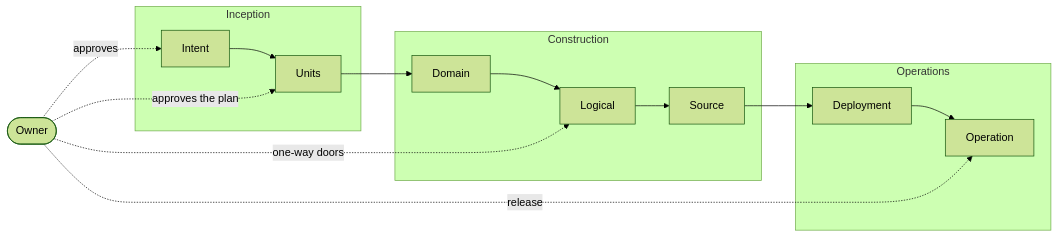
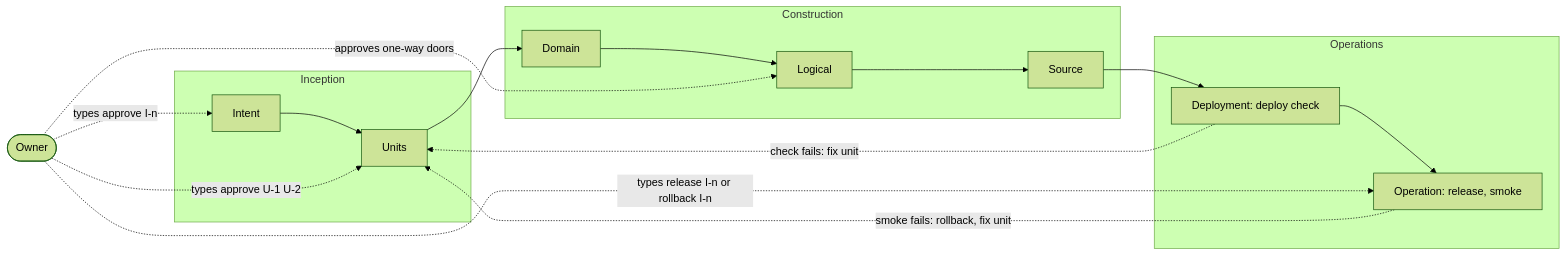
Before and after one commit to Scrollout/aidlc-team-plugin: the diagram in docs/design/grid.md, drawn with Mermaid (forest theme). The commit also changed other lines of this file and 9 other files, not shown here.

````diff
--- a/docs/design/grid.md
+++ b/docs/design/grid.md
@@ -10,19 +10,21 @@
 ```mermaid
 flowchart LR
   owner([Owner])
   subgraph Inception
     I[Intent] --> U[Units]
   end
   subgraph Construction
     D[Domain] --> L[Logical] --> S[Source]
   end
   subgraph Operations
-    P[Deployment] --> O[Operation]
+    P[Deployment: deploy check] --> O[Operation: release, smoke]
   end
   U --> D
   S --> P
-  owner -. approves .-> I
-  owner -. approves the plan .-> U
-  owner -. one-way doors .-> L
-  owner -. release .-> O
+  P -. check fails: fix unit .-> U
+  O -. smoke fails: rollback, fix unit .-> U
+  owner -. types approve I-n .-> I
+  owner -. types approve U-1 U-2 .-> U
+  owner -. approves one-way doors .-> L
+  owner -. types release I-n or rollback I-n .-> O
 ```
````
